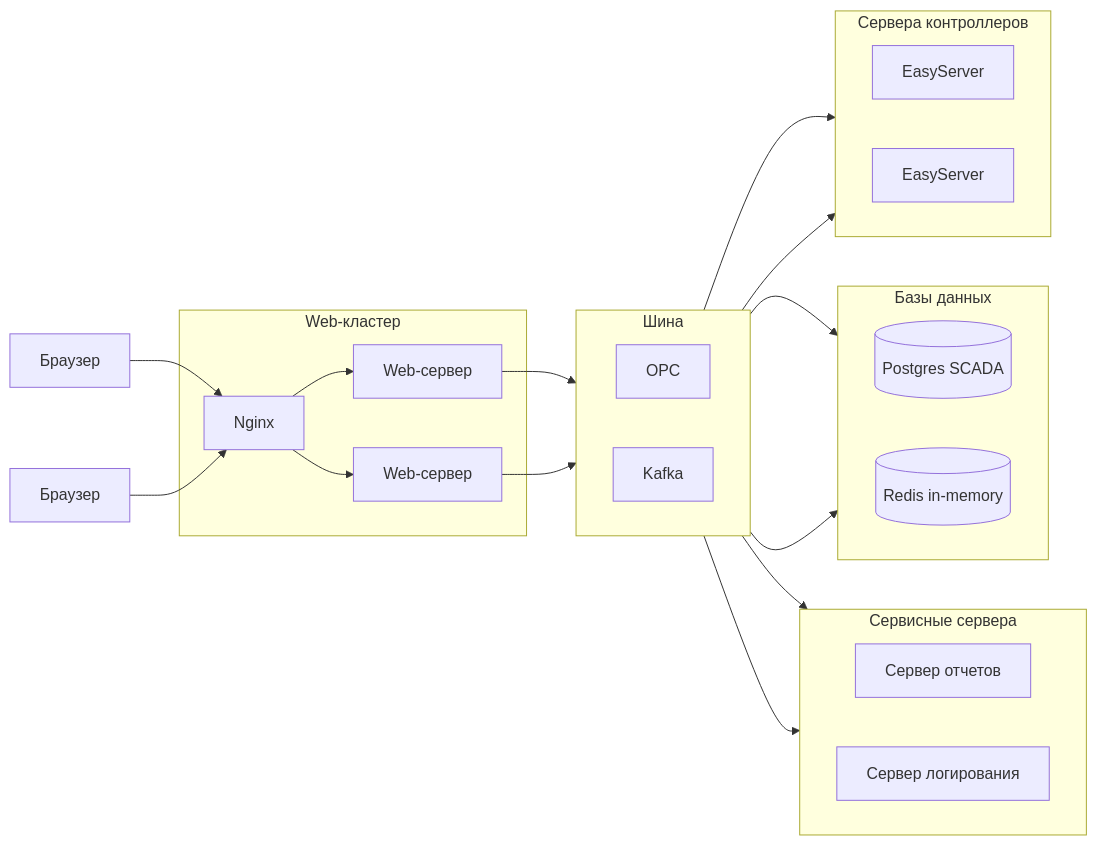
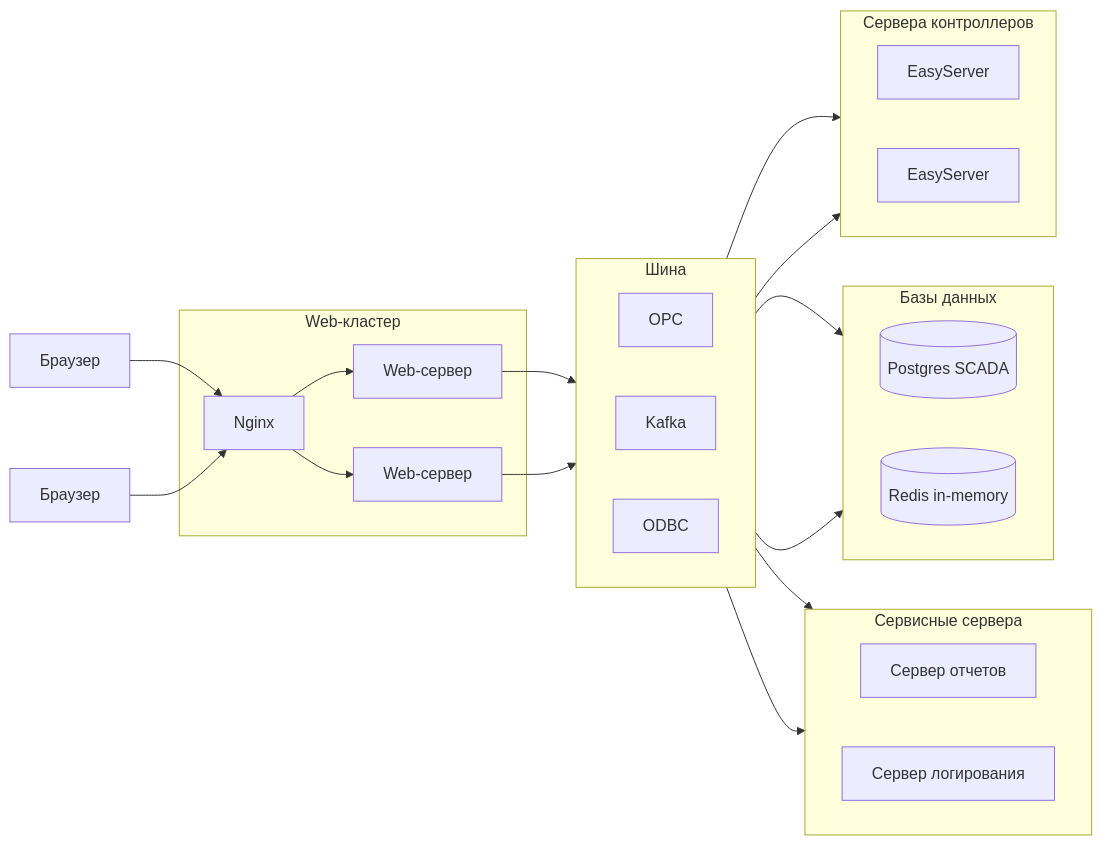
Before and after one commit to savushkin-r-d/SHnAPCS: the diagram in README.md, drawn with Mermaid.

````diff
--- a/README.md
+++ b/README.md
@@ -12,43 +12,44 @@
 ```mermaid
 flowchart LR
   B1[Браузер] --> N[Nginx]
   B2[Браузер] --> N
   subgraph Web-кластер
   N --> A1[Web-сервер]
   N --> A2[Web-сервер]
   end
   A1 --> Шина
   A2 --> Шина
 
   subgraph Шина
     direction LR
     S[OPC]
     K[Kafka]
+    ODBC[ODBC]
   end
 
   Шина --> P
   Шина --> R
   Шина --> E1
   Шина --> E2
   Шина --> O
   Шина --> L
 
   subgraph Сервисные сервера
     direction LR
     O[Сервер отчетов]
     L[Сервер логирования]
   end
 
   subgraph Базы данных
     direction LR
     P[(Postgres SCADA)]
     R[(Redis in-memory)]
   end
 
   subgraph Сервера контроллеров
     direction LR
     E1[EasyServer]
     E2[EasyServer]
   end
 
 ```
````
